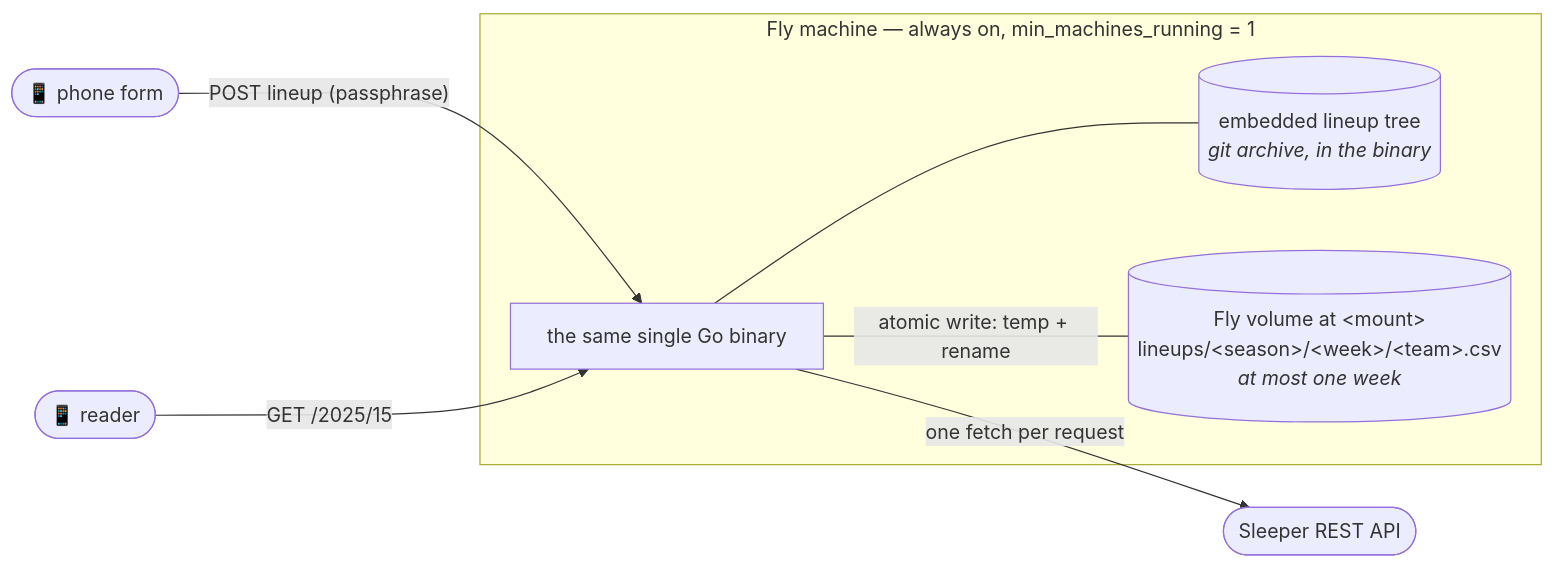
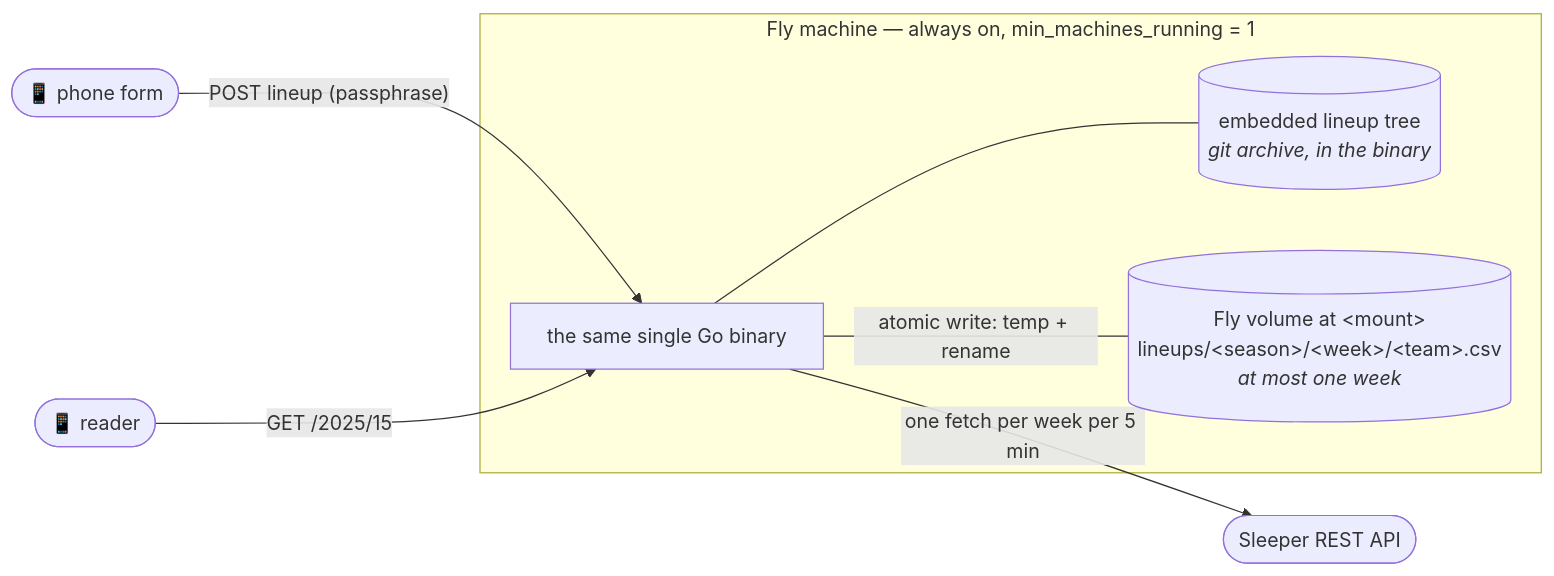
One commit to eshifrin-606/bojjaes changed the eighth of 9 diagrams in docs/architecture.md. Above: the diagram before and after it, drawn with Mermaid. The commit also changed other lines of this file and 18 other files, not shown here.

````diff
--- a/docs/architecture.md
+++ b/docs/architecture.md
@@ -163,13 +248,13 @@
 ```mermaid
 graph LR
     phone(["📱 phone form"]) -->|"POST lineup (passphrase)"| server
     reader(["📱 reader"]) -->|"GET /2025/15"| server
     subgraph fly["Fly machine — always on, min_machines_running = 1"]
         server["the same single Go binary"]
         tree[("embedded lineup tree<br/><i>git archive, in the binary</i>")]
         vol[("Fly volume at &lt;mount&gt;<br/>lineups/&lt;season&gt;/&lt;week&gt;/&lt;team&gt;.csv<br/><i>at most one week</i>")]
         server --- tree
         server ---|"atomic write: temp + rename"| vol
     end
-    server -->|"one fetch per request"| sleeper(["Sleeper REST API"])
+    server -->|"one fetch per week per 5 min"| sleeper(["Sleeper REST API"])
 ```
````
